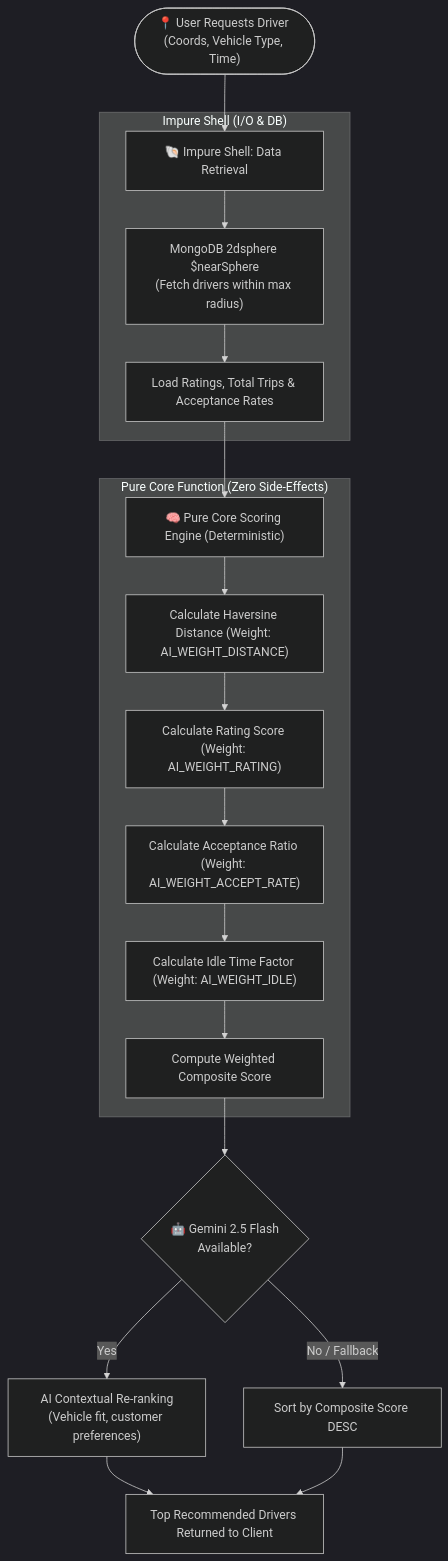
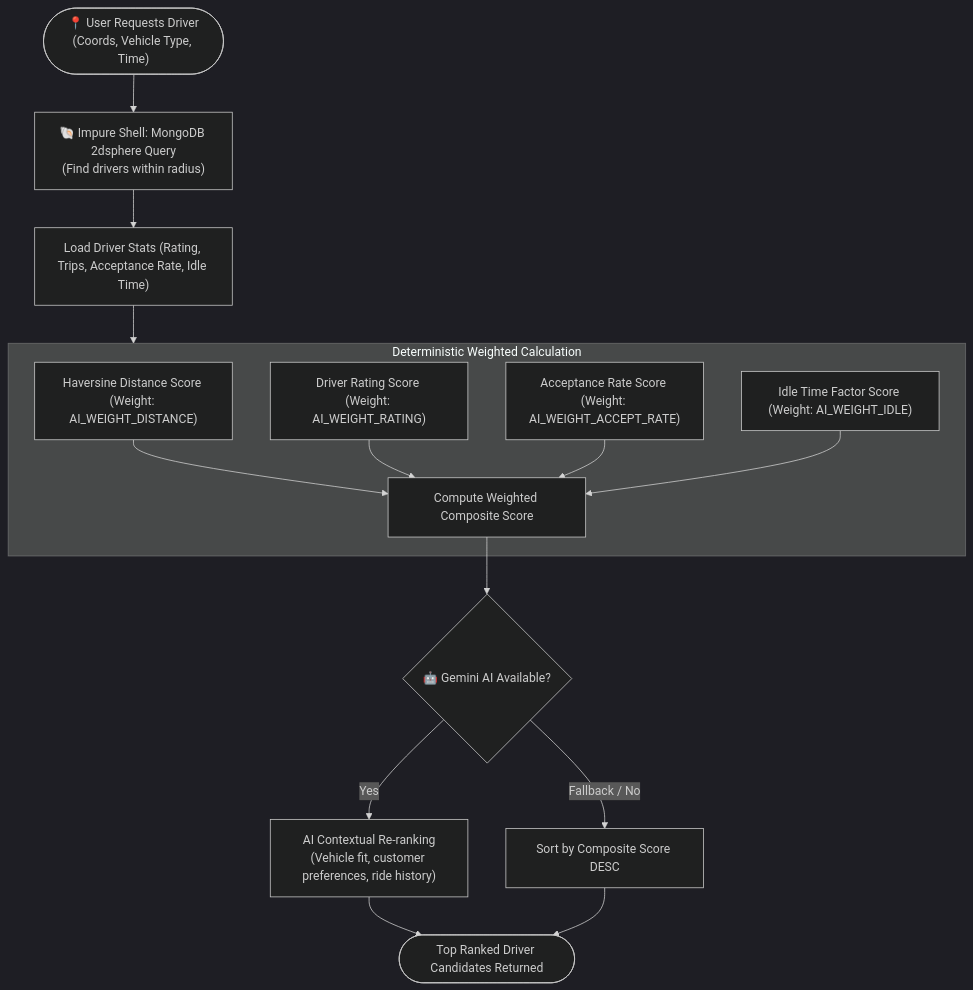
One commit to Susil-commits/MyMate changed the third of 3 diagrams in readme.md. Above: the diagram before and after it, drawn with Mermaid (dark theme). The commit also changed other lines of this file and 18 other files, not shown here.

````diff
--- a/readme.md
+++ b/readme.md
@@ -138,26 +98,22 @@
 ```mermaid
 flowchart TD
-    Start(["📍 User Requests Driver (Coords, Vehicle Type, Time)"]) --> Shell["🐚 Impure Shell: Data Retrieval"]
+    Start(["📍 User Requests Driver\n(Coords, Vehicle Type, Time)"]) --> Query["🐚 Impure Shell: MongoDB 2dsphere Query\n(Find drivers within radius)"]
+    Query --> LoadData["Load Driver Stats (Rating, Trips, Acceptance Rate, Idle Time)"]
     
-    subgraph ImpureShell["Impure Shell (I/O & DB)"]
-        Shell --> GeoQuery["MongoDB 2dsphere $nearSphere\n(Fetch drivers within max radius)"]
-        GeoQuery --> LoadDriverStats["Load Ratings, Total Trips & Acceptance Rates"]
+    LoadData --> ScoringEngine["🧠 Pure Functional Scoring Engine"]
+    
+    subgraph ScoringEngine["Deterministic Weighted Calculation"]
+        S1["Haversine Distance Score (Weight: AI_WEIGHT_DISTANCE)"]
+        S2["Driver Rating Score (Weight: AI_WEIGHT_RATING)"]
+        S3["Acceptance Rate Score (Weight: AI_WEIGHT_ACCEPT_RATE)"]
+        S4["Idle Time Factor Score (Weight: AI_WEIGHT_IDLE)"]
+        S1 & S2 & S3 & S4 --> Composite["Compute Weighted Composite Score"]
     end
 
-    LoadDriverStats --> Core["🧠 Pure Core Scoring Engine (Deterministic)"]
+    Composite --> AICheck{"🤖 Gemini AI Available?"}
+    AICheck -- Yes --> GeminiReRank["AI Contextual Re-ranking\n(Vehicle fit, customer preferences, ride history)"]
+    AICheck -- Fallback / No --> HeuristicRank["Sort by Composite Score DESC"]
 
-    subgraph PureCore["Pure Core Function (Zero Side-Effects)"]
-        Core --> S1["Calculate Haversine Distance (Weight: AI_WEIGHT_DISTANCE)"]
-        S1 --> S2["Calculate Rating Score (Weight: AI_WEIGHT_RATING)"]
-        S2 --> S3["Calculate Acceptance Ratio (Weight: AI_WEIGHT_ACCEPT_RATE)"]
-        S3 --> S4["Calculate Idle Time Factor (Weight: AI_WEIGHT_IDLE)"]
-        S4 --> CompositeScore["Compute Weighted Composite Score"]
-    end
-
-    CompositeScore --> GeminiRank{"🤖 Gemini 2.5 Flash\nAvailable?"}
-    GeminiRank -- Yes --> AICandidateRank["AI Contextual Re-ranking\n(Vehicle fit, customer preferences)"]
-    GeminiRank -- No / Fallback --> HeuristicRank["Sort by Composite Score DESC"]
-    
-    AICandidateRank --> FinalResponse["Top Recommended Drivers Returned to Client"]
-    HeuristicRank --> FinalResponse
+    GeminiReRank --> Output(["Top Ranked Driver Candidates Returned"])
+    HeuristicRank --> Output
 ```
````
